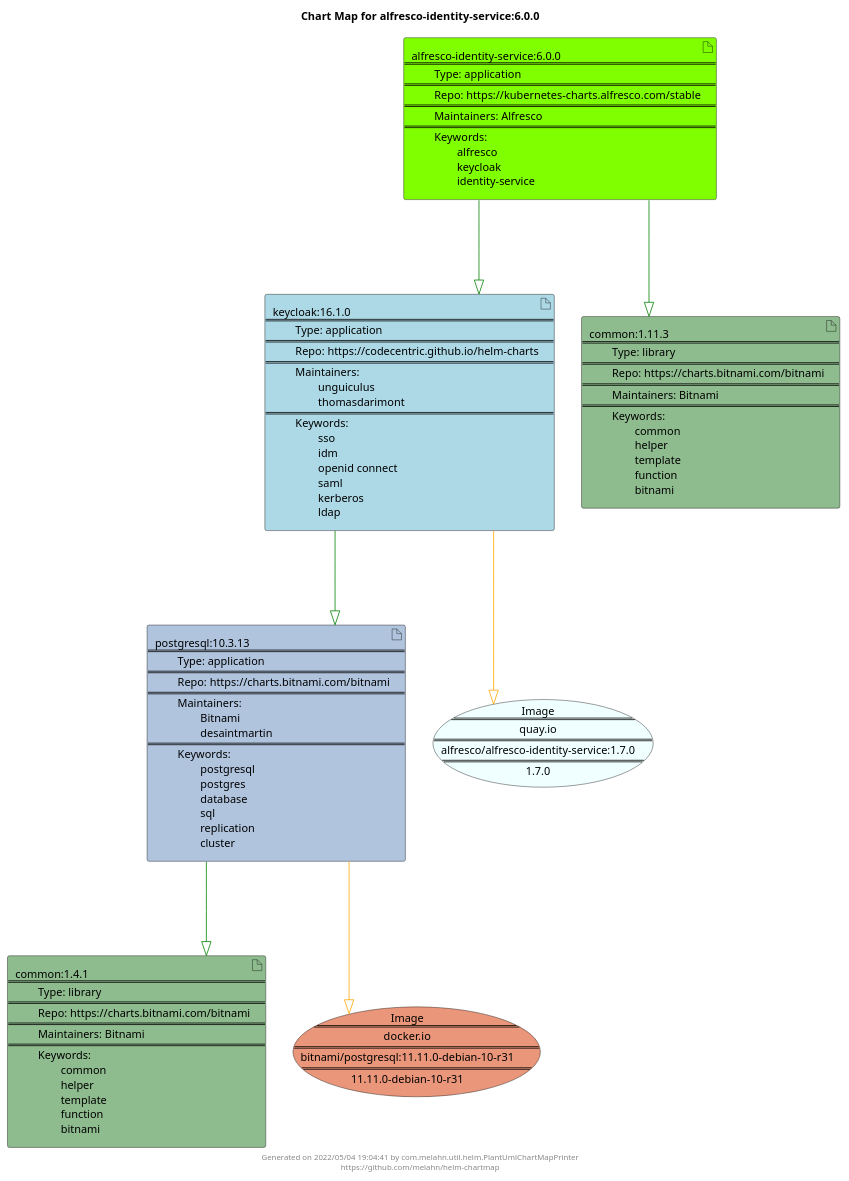
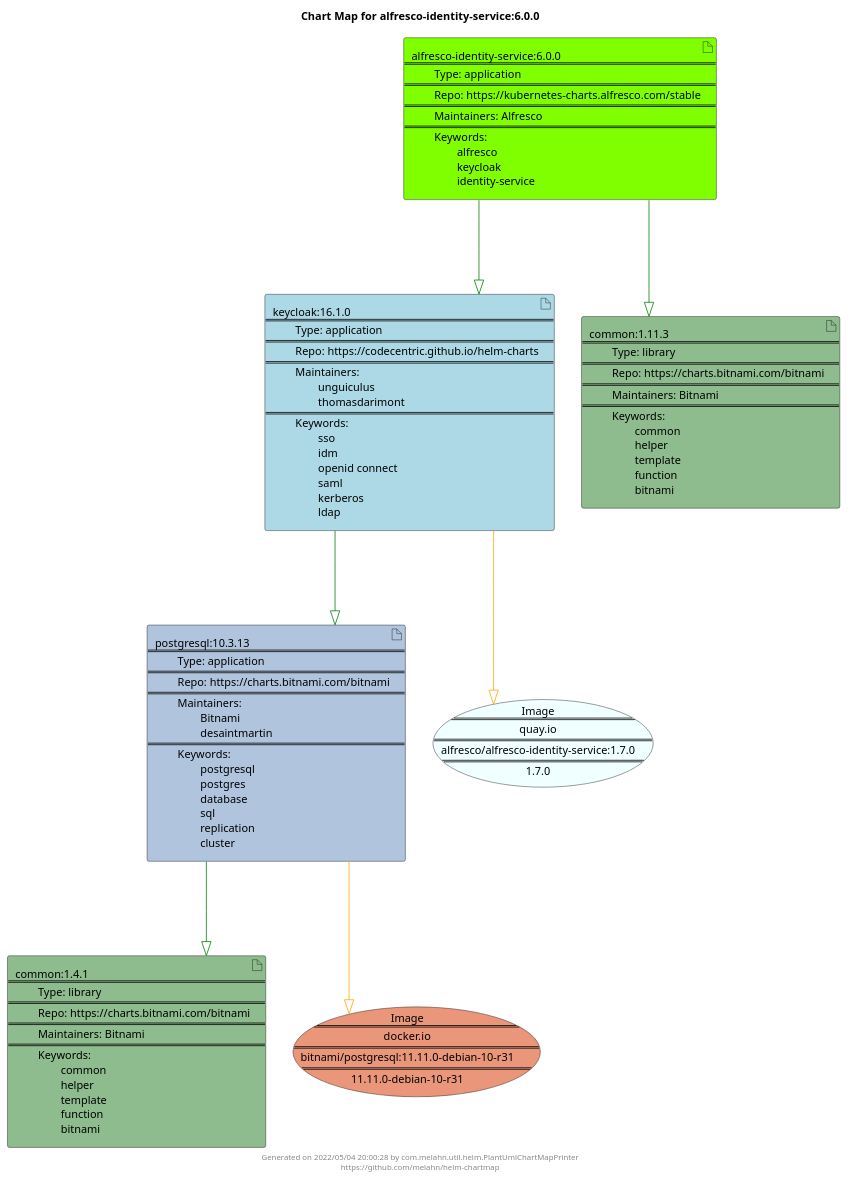
One commit to melahn/helm-chartmap changed the diagram in docs/alfresco-identity-service/alfresco-identity-service-6.0.0.puml. Above: the diagram before and after it, drawn with PlantUML. The commit also changed 56 other files, not shown here.

Commit message:
Update Example Chart Maps as part of GitHub build

```diff
--- a/docs/alfresco-identity-service/alfresco-identity-service-6.0.0.puml
+++ b/docs/alfresco-identity-service/alfresco-identity-service-6.0.0.puml
@@ -1,31 +1,31 @@
 @startuml
 skinparam linetype ortho
 skinparam backgroundColor white
 skinparam usecaseBorderColor black
 skinparam usecaseArrowColor LightSlateGray
 skinparam artifactBorderColor black
 skinparam artifactArrowColor LightSlateGray
 
 title Chart Map for alfresco-identity-service:6.0.0
 
 'There are 5 referenced Helm Charts
 artifact "common:1.4.1\n====\n\tType: library\n====\n\tRepo: https://charts.bitnami.com/bitnami\n====\n\tMaintainers: Bitnami\n====\n\tKeywords: \n\t\tcommon\n\t\thelper\n\t\ttemplate\n\t\tfunction\n\t\tbitnami" as common_1_4_1 #DarkSeaGreen
 artifact "keycloak:16.1.0\n====\n\tType: application\n====\n\tRepo: https://codecentric.github.io/helm-charts\n====\n\tMaintainers: \n\t\tunguiculus\n\t\tthomasdarimont\n====\n\tKeywords: \n\t\tsso\n\t\tidm\n\t\topenid connect\n\t\tsaml\n\t\tkerberos\n\t\tldap" as keycloak_16_1_0 #LightBlue
 artifact "postgresql:10.3.13\n====\n\tType: application\n====\n\tRepo: https://charts.bitnami.com/bitnami\n====\n\tMaintainers: \n\t\tBitnami\n\t\tdesaintmartin\n====\n\tKeywords: \n\t\tpostgresql\n\t\tpostgres\n\t\tdatabase\n\t\tsql\n\t\treplication\n\t\tcluster" as postgresql_10_3_13 #LightSteelBlue
 artifact "alfresco-identity-service:6.0.0\n====\n\tType: application\n====\n\tRepo: https://kubernetes-charts.alfresco.com/stable\n====\n\tMaintainers: Alfresco\n====\n\tKeywords: \n\t\talfresco\n\t\tkeycloak\n\t\tidentity-service" as alfresco_identity_service_6_0_0 #Chartreuse
 artifact "common:1.11.3\n====\n\tType: library\n====\n\tRepo: https://charts.bitnami.com/bitnami\n====\n\tMaintainers: Bitnami\n====\n\tKeywords: \n\t\tcommon\n\t\thelper\n\t\ttemplate\n\t\tfunction\n\t\tbitnami" as common_1_11_3 #DarkSeaGreen
 
 'There are 2 referenced Docker Images
 usecase "Image\n====\nquay.io\n====\nalfresco/alfresco-identity-service:1.7.0\n====\n1.7.0" as quay_io_alfresco_alfresco_identity_service_1_7_0 #Azure
 usecase "Image\n====\ndocker.io\n====\nbitnami/postgresql:11.11.0-debian-10-r31\n====\n11.11.0-debian-10-r31" as docker_io_bitnami_postgresql_11_11_0_debian_10_r31 #DarkSalmon
 
 'Chart Dependencies
+alfresco_identity_service_6_0_0--[#green]-|>common_1_11_3
 alfresco_identity_service_6_0_0--[#green]-|>keycloak_16_1_0
 keycloak_16_1_0--[#green]-|>postgresql_10_3_13
 postgresql_10_3_13--[#green]-|>common_1_4_1
-alfresco_identity_service_6_0_0--[#green]-|>common_1_11_3
 keycloak_16_1_0--[#orange]-|>quay_io_alfresco_alfresco_identity_service_1_7_0
 postgresql_10_3_13--[#orange]-|>docker_io_bitnami_postgresql_11_11_0_debian_10_r31
 
-center footer Generated on 2022/05/04 19:04:41 by com.melahn.util.helm.PlantUmlChartMapPrinter\nhttps://github.com/melahn/helm-chartmap
+center footer Generated on 2022/05/04 20:00:28 by com.melahn.util.helm.PlantUmlChartMapPrinter\nhttps://github.com/melahn/helm-chartmap
 @enduml
```
